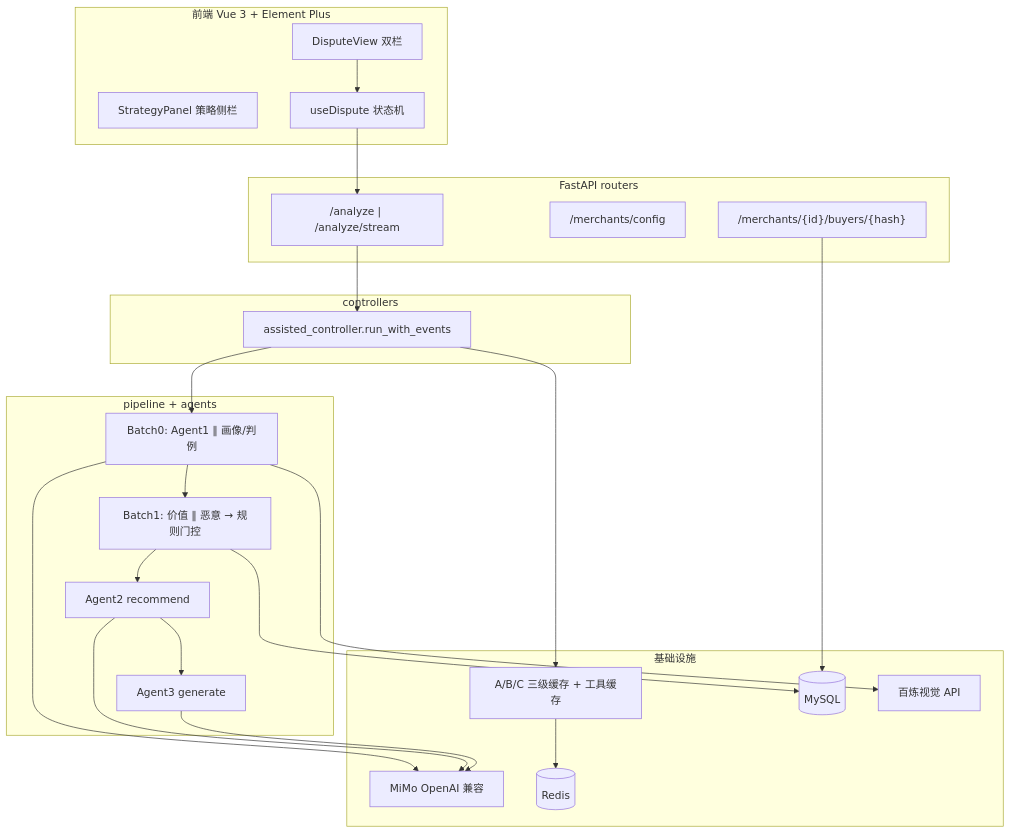
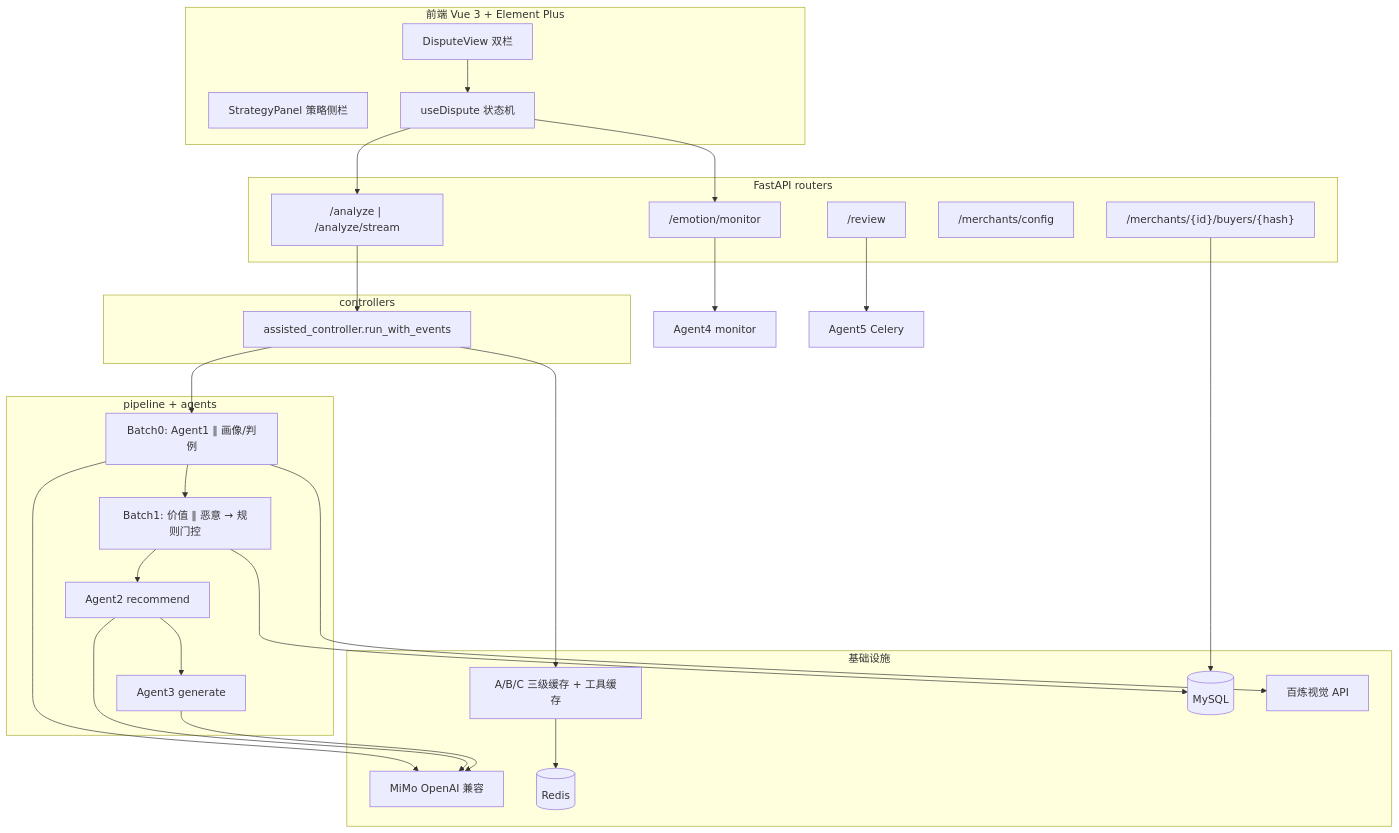
The first of 3 diagrams in docs/interview-summary.md (6Stephen-git/After-sales-E-commerce-Assistant), drawn with Mermaid before and after one commit. The commit also changed other lines of this file and 20 other files, not shown here.

````diff
--- a/docs/interview-summary.md
+++ b/docs/interview-summary.md
@@ -19,44 +23,48 @@
 ```mermaid
 flowchart TB
     subgraph FE["前端 Vue 3 + Element Plus"]
         DV[DisputeView 双栏]
         SP[StrategyPanel 策略侧栏]
         UD[useDispute 状态机]
     end
 
     subgraph API["FastAPI routers"]
         AN["/analyze | /analyze/stream"]
+        EM["/emotion/monitor"]
+        RV["/review"]
         MC["/merchants/config"]
         BP["/merchants/{id}/buyers/{hash}"]
     end
 
     subgraph CTRL["controllers"]
         AC[assisted_controller.run_with_events]
     end
 
     subgraph PIPE["pipeline + agents"]
         B0[Batch0: Agent1 ∥ 画像/判例]
         B1[Batch1: 价值 ∥ 恶意 → 规则门控]
         A2[Agent2 recommend]
         A3[Agent3 generate]
     end
 
     subgraph INFRA["基础设施"]
         CACHE[A/B/C 三级缓存 + 工具缓存]
         DB[(MySQL)]
         LLM[MiMo OpenAI 兼容]
         VIS[百炼视觉 API]
         REDIS[(Redis)]
     end
 
-    DV --> UD --> AN
+    DV --> UD --> AN & EM
+    EM --> A4[Agent4 monitor]
+    RV --> A5[Agent5 Celery]
     AN --> AC
     AC --> CACHE
     AC --> B0 --> B1 --> A2 --> A3
     B0 --> LLM & VIS
     B1 --> DB
     A2 --> LLM
     A3 --> LLM
     CACHE --> REDIS
     BP --> DB
 ```
````
